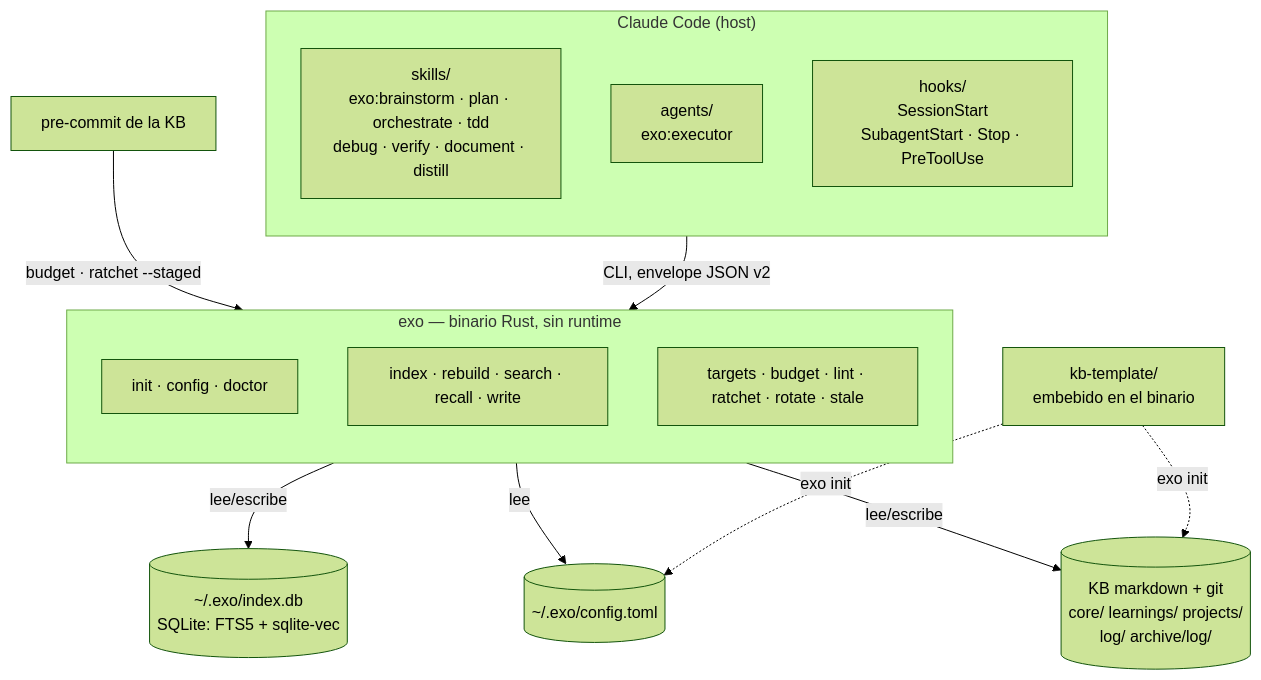
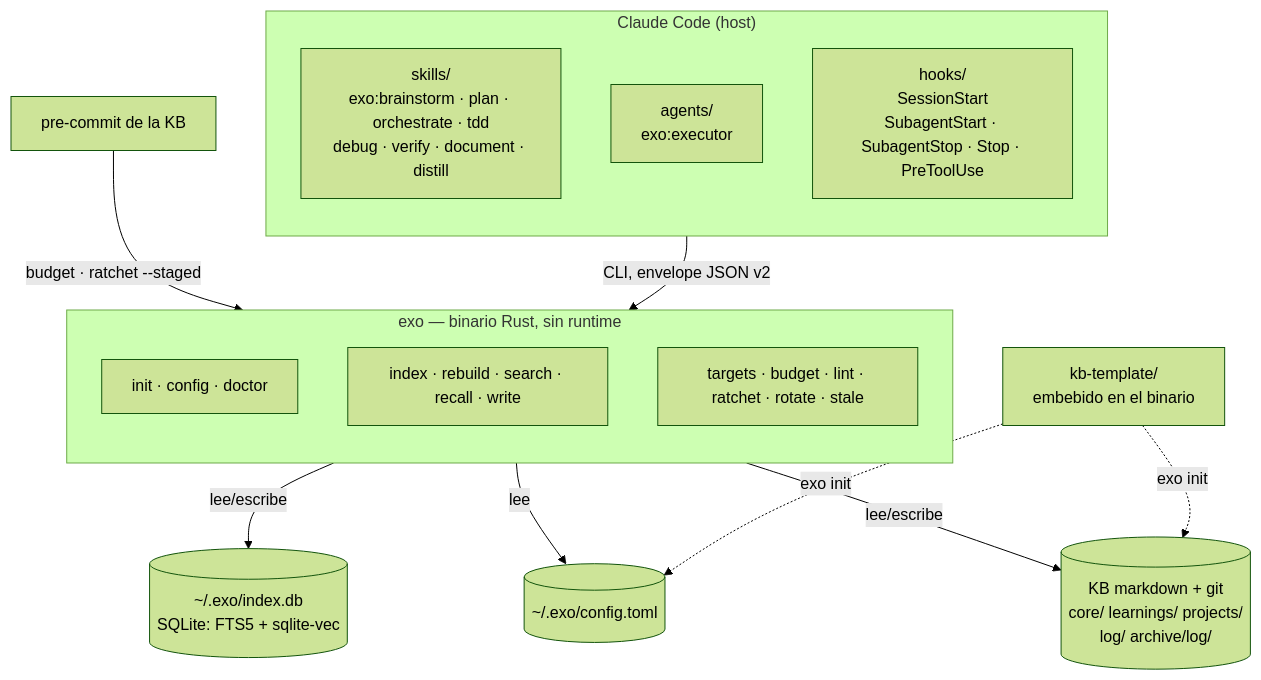
The diagram in README.md (pguerrerolinares/exo), drawn with Mermaid (forest theme) before and after one commit. The commit also changed other lines of this file and 4 other files, not shown here.

````diff
--- a/README.md
+++ b/README.md
@@ -70,30 +70,30 @@
 ```mermaid
 flowchart TB
     subgraph host["Claude Code (host)"]
         direction TB
         skills["skills/<br/>exo:brainstorm · plan · orchestrate · tdd<br/>debug · verify · document · distill"]
         agent["agents/<br/>exo:executor"]
-        hooks["hooks/<br/>SessionStart<br/>SubagentStart · Stop · PreToolUse"]
+        hooks["hooks/<br/>SessionStart<br/>SubagentStart · SubagentStop · Stop · PreToolUse"]
     end
 
     subgraph bin["exo — binario Rust, sin runtime"]
         direction TB
         c1["init · config · doctor"]
         c2["index · rebuild · search · recall · write"]
         c3["targets · budget · lint · ratchet · rotate · stale"]
     end
 
     cfg[("~/.exo/config.toml")]
     db[("~/.exo/index.db<br/>SQLite: FTS5 + sqlite-vec")]
     kb[("KB markdown + git<br/>core/ learnings/ projects/<br/>log/ archive/log/")]
     tpl["kb-template/<br/>embebido en el binario"]
     pc["pre-commit de la KB"]
 
     host -->|"CLI, envelope JSON v2"| bin
     pc -->|"budget · ratchet --staged"| bin
     bin -->|lee| cfg
     bin -->|lee/escribe| db
     bin -->|lee/escribe| kb
     tpl -.->|"exo init"| kb
     tpl -.->|"exo init"| cfg
 ```
````
